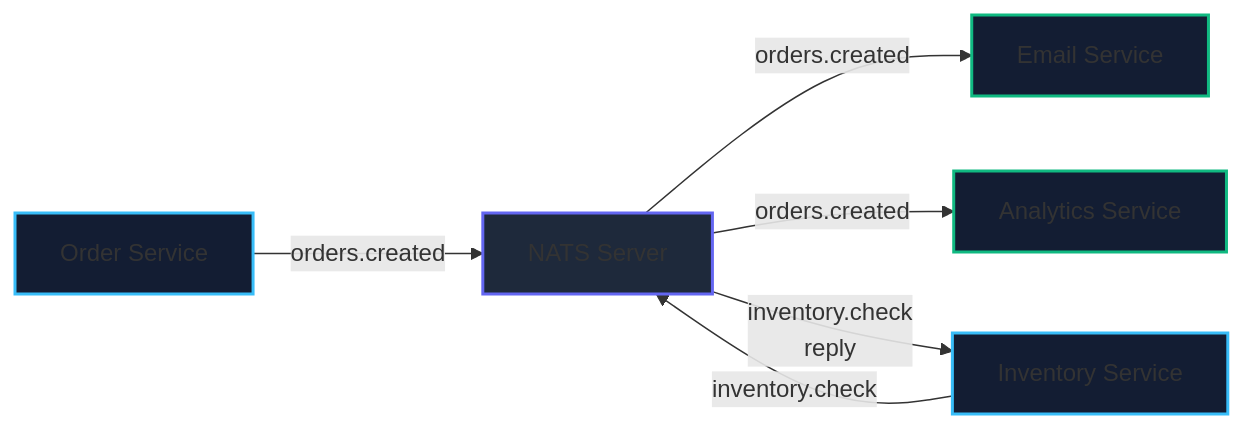
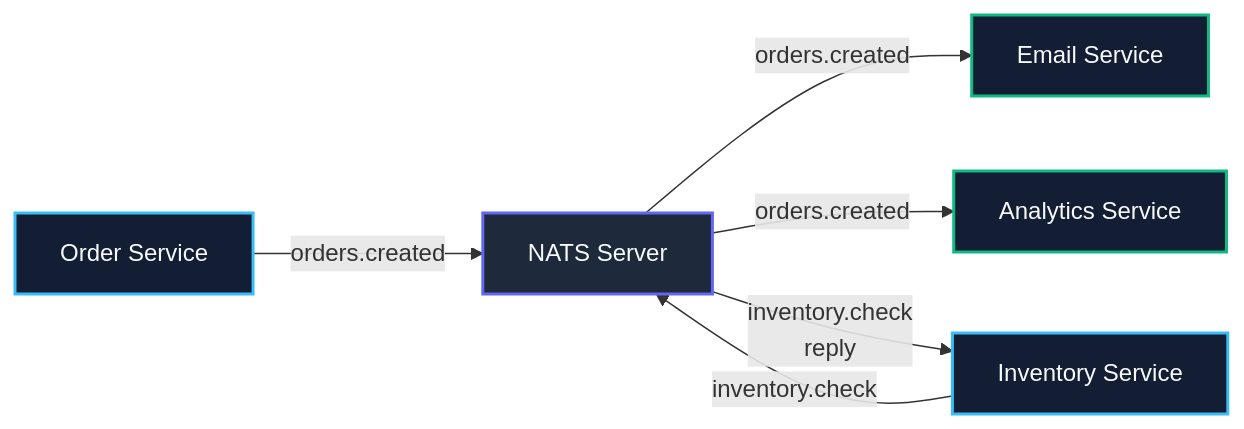
The first of 2 diagrams in sources/13. Очереди, брокеры сообщений и оркестраторы/04. NATS/7. Когда выбирать NATS.md (UnrealTemplier/go-textbook), drawn with Mermaid before and after one commit. The commit also changed other lines of this file and 310 other files, not shown here.

First line of the commit message:
fix(mermaid): replace light fill colors with dark palette for readability on dark theme

````diff
--- a/sources/13. Очереди, брокеры сообщений и оркестраторы/04. NATS/7. Когда выбирать NATS.md
+++ b/sources/13. Очереди, брокеры сообщений и оркестраторы/04. NATS/7. Когда выбирать NATS.md
@@ -57,14 +57,14 @@
 ```mermaid
 graph LR
     OS["Order Service"] -->|"orders.created"| NS["NATS Server"]
     IS["Inventory Service"] -->|"inventory.check"| NS
     NS -->|"orders.created"| ES["Email Service"]
     NS -->|"orders.created"| AS["Analytics Service"]
     NS -->|"inventory.check<br>reply"| IS
     
-    style NS fill:#1e293b,stroke:#6366f1,stroke-width:2px
-    style OS fill:#131d33,stroke:#38bdf8,stroke-width:2px
-    style IS fill:#131d33,stroke:#38bdf8,stroke-width:2px
-    style ES fill:#131d33,stroke:#10b981,stroke-width:2px
-    style AS fill:#131d33,stroke:#10b981,stroke-width:2px
+    style NS fill:#1e293b,stroke:#6366f1,stroke-width:2px,color:#f8fafc
+    style OS fill:#131d33,stroke:#38bdf8,stroke-width:2px,color:#f8fafc
+    style IS fill:#131d33,stroke:#38bdf8,stroke-width:2px,color:#f8fafc
+    style ES fill:#131d33,stroke:#10b981,stroke-width:2px,color:#f8fafc
+    style AS fill:#131d33,stroke:#10b981,stroke-width:2px,color:#f8fafc
 ```
````
